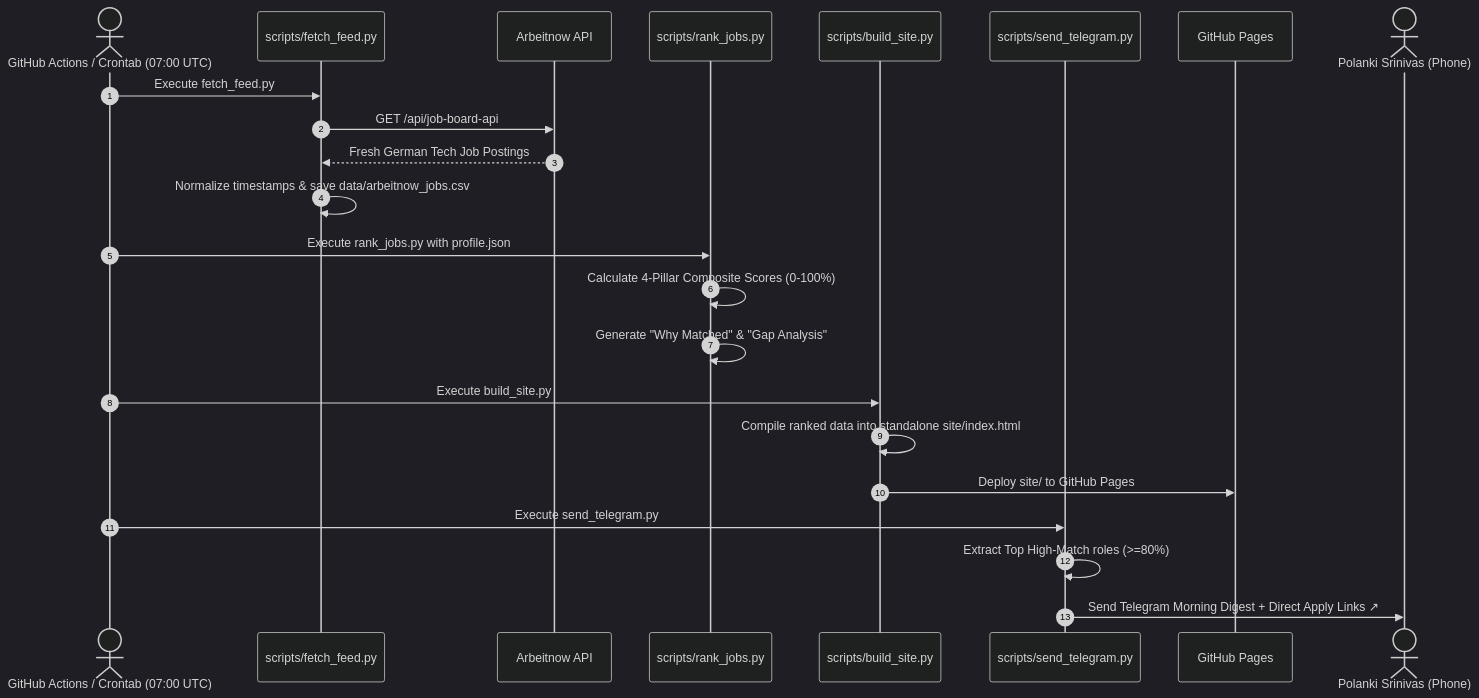
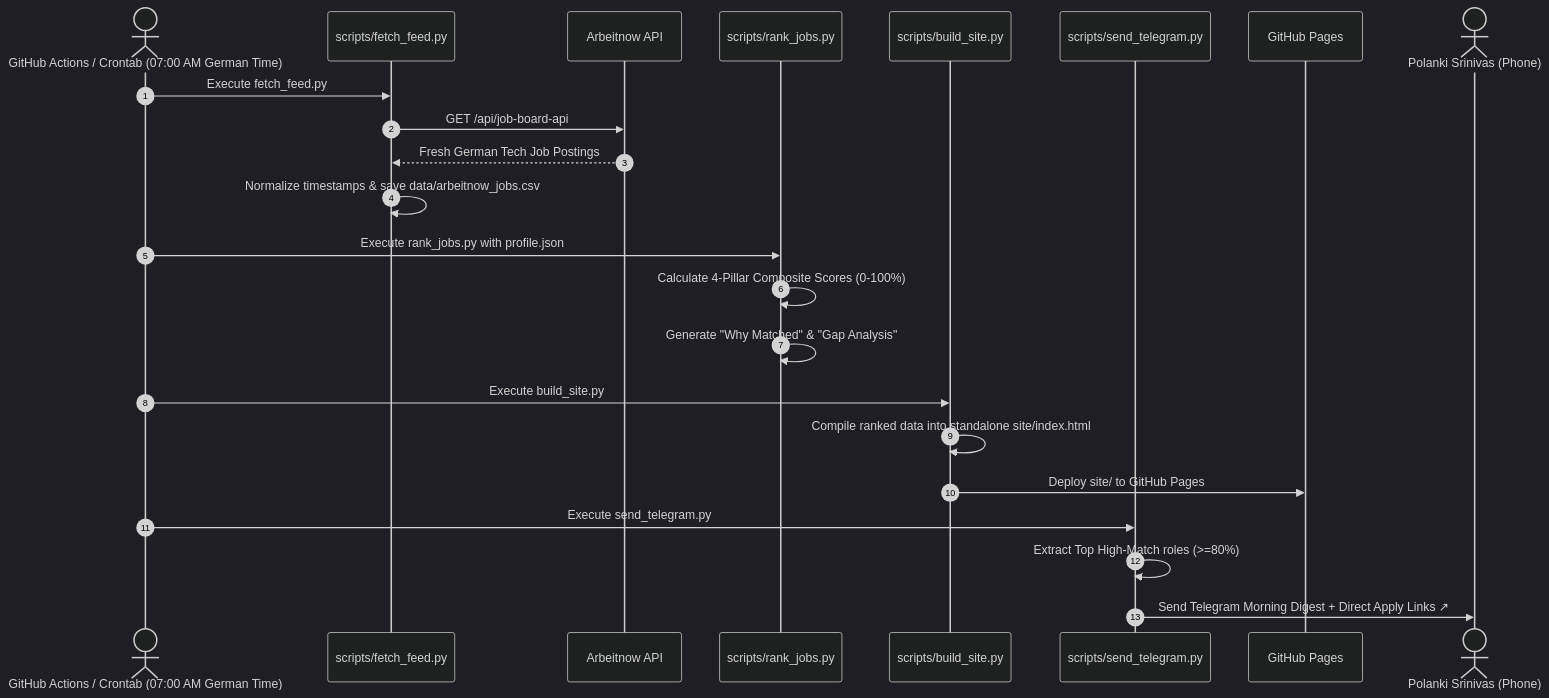
One commit to srinivaspolanki/job-radar changed the second of 2 diagrams in README.md. Above: the diagram before and after it, drawn with Mermaid (dark theme). The commit also changed other lines of this file and 2 other files, not shown here.

Commit message:
docs: align all cron schedules, diagrams, and telegram alerts to 07:00 AM German Time

````diff
--- a/README.md
+++ b/README.md
@@ -65,29 +65,29 @@
 ```mermaid
 sequenceDiagram
     autonumber
-    actor Cron as GitHub Actions / Crontab (07:00 UTC)
+    actor Cron as GitHub Actions / Crontab (07:00 AM German Time)
     participant Fetch as scripts/fetch_feed.py
     participant Arbeitnow as Arbeitnow API
     participant Rank as scripts/rank_jobs.py
     participant Build as scripts/build_site.py
     participant Telegram as scripts/send_telegram.py
     participant Pages as GitHub Pages
     actor Candidate as Polanki Srinivas (Phone)
 
     Cron->>Fetch: Execute fetch_feed.py
     Fetch->>Arbeitnow: GET /api/job-board-api
     Arbeitnow-->>Fetch: Fresh German Tech Job Postings
     Fetch->>Fetch: Normalize timestamps & save data/arbeitnow_jobs.csv
 
     Cron->>Rank: Execute rank_jobs.py with profile.json
     Rank->>Rank: Calculate 4-Pillar Composite Scores (0-100%)
     Rank->>Rank: Generate "Why Matched" & "Gap Analysis"
 
     Cron->>Build: Execute build_site.py
     Build->>Build: Compile ranked data into standalone site/index.html
     Build->>Pages: Deploy site/ to GitHub Pages
 
     Cron->>Telegram: Execute send_telegram.py
     Telegram->>Telegram: Extract Top High-Match roles (>=80%)
     Telegram->>Candidate: Send Telegram Morning Digest + Direct Apply Links ↗
 ```
````
